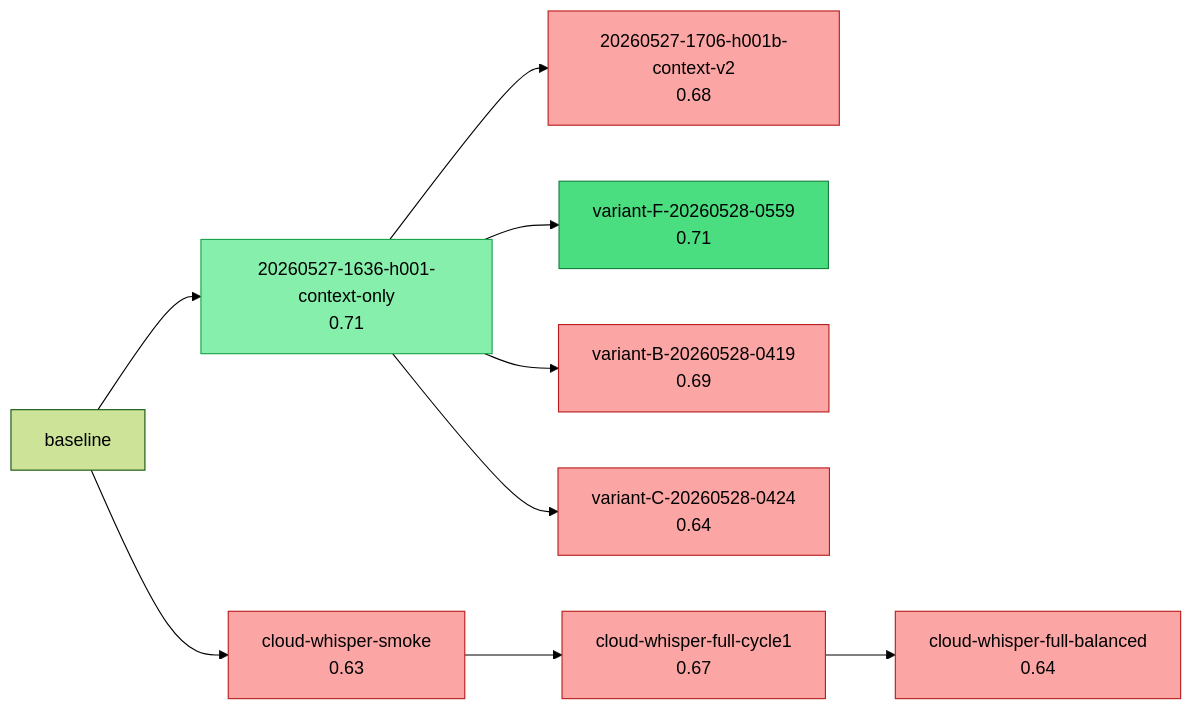
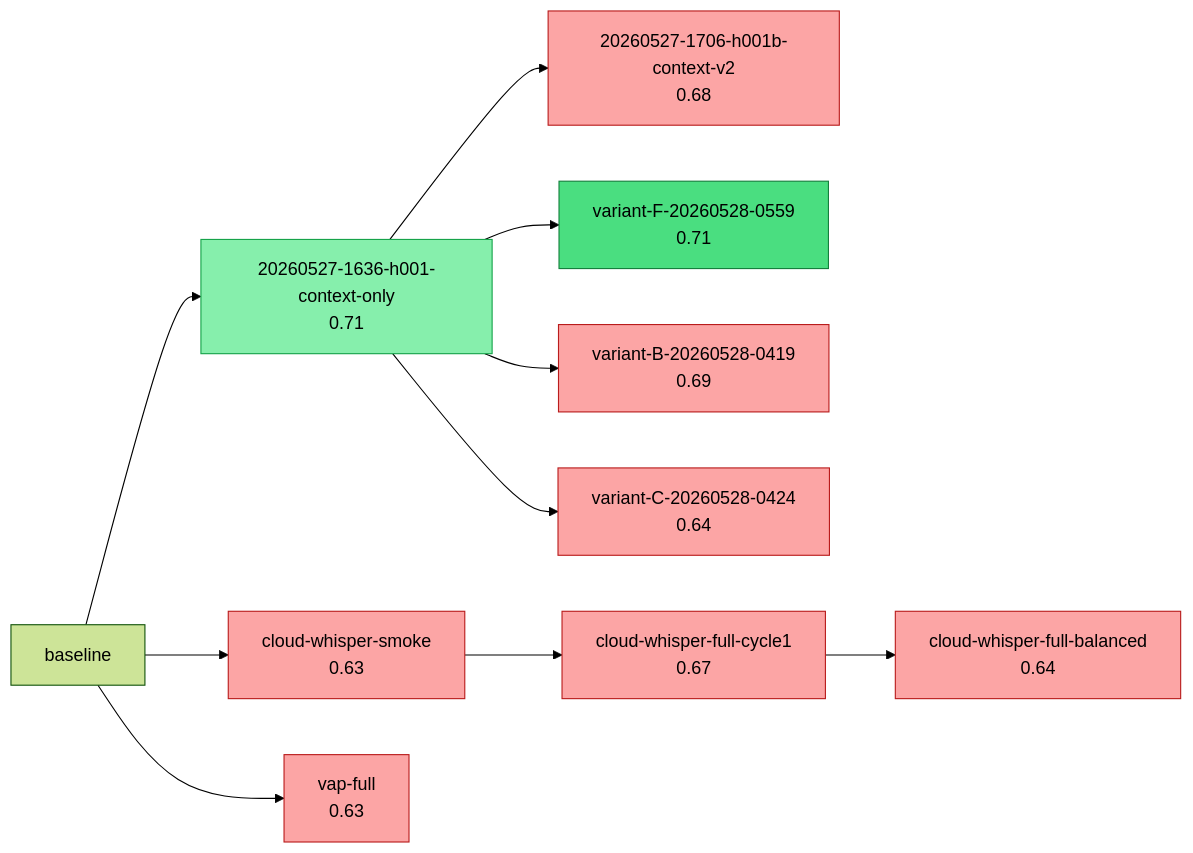
Before and after one commit to uukuguy/Audio-Classifier: the diagram in docs/status/climb/research-tree.md, drawn with Mermaid (forest theme). The commit also changed other lines of this file and 11 other files, not shown here.

````diff
--- a/docs/status/climb/research-tree.md
+++ b/docs/status/climb/research-tree.md
@@ -46,31 +48,34 @@
 ```mermaid
 graph LR
     classDef sota fill:#4ade80,stroke:#15803d,color:#000
     classDef confirmed fill:#86efac,stroke:#16a34a,color:#000
     classDef falsified fill:#fca5a5,stroke:#b91c1c,color:#000
     classDef pending fill:#fde68a,stroke:#a16207,color:#000
     20260527_1636_h001_context_only["20260527-1636-h001-context-only<br/>0.71"]
     class 20260527_1636_h001_context_only confirmed
     20260527_1706_h001b_context_v2["20260527-1706-h001b-context-v2<br/>0.68"]
     class 20260527_1706_h001b_context_v2 falsified
     variant_F_20260528_0559["variant-F-20260528-0559<br/>0.71"]
     class variant_F_20260528_0559 sota
     variant_B_20260528_0419["variant-B-20260528-0419<br/>0.69"]
     class variant_B_20260528_0419 falsified
     variant_C_20260528_0424["variant-C-20260528-0424<br/>0.64"]
     class variant_C_20260528_0424 falsified
     cloud_whisper_smoke["cloud-whisper-smoke<br/>0.63"]
     class cloud_whisper_smoke falsified
     cloud_whisper_full_cycle1["cloud-whisper-full-cycle1<br/>0.67"]
     class cloud_whisper_full_cycle1 falsified
     cloud_whisper_full_balanced["cloud-whisper-full-balanced<br/>0.64"]
     class cloud_whisper_full_balanced falsified
+    vap_full["vap-full<br/>0.63"]
+    class vap_full falsified
     baseline --> 20260527_1636_h001_context_only
     20260527_1636_h001_context_only --> 20260527_1706_h001b_context_v2
     20260527_1636_h001_context_only --> variant_F_20260528_0559
     20260527_1636_h001_context_only --> variant_B_20260528_0419
     20260527_1636_h001_context_only --> variant_C_20260528_0424
     baseline --> cloud_whisper_smoke
     cloud_whisper_smoke --> cloud_whisper_full_cycle1
     cloud_whisper_full_cycle1 --> cloud_whisper_full_balanced
+    baseline --> vap_full
 ```
````
